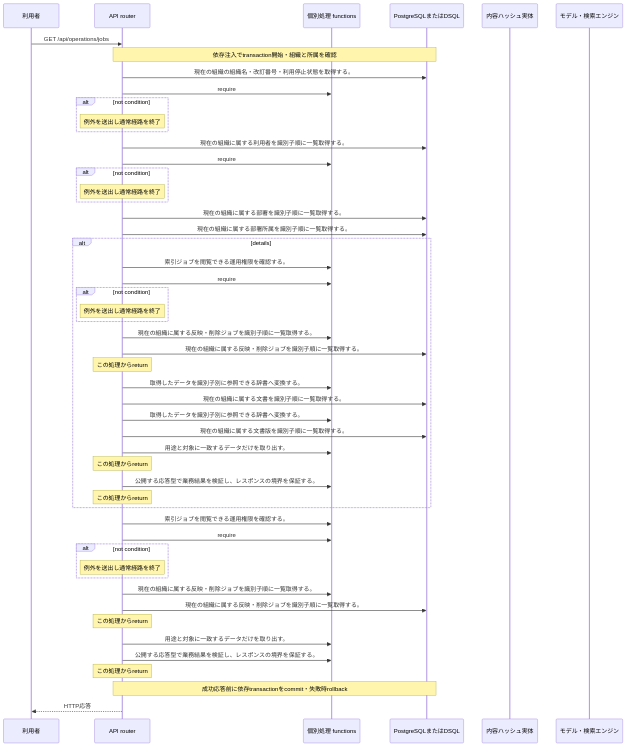
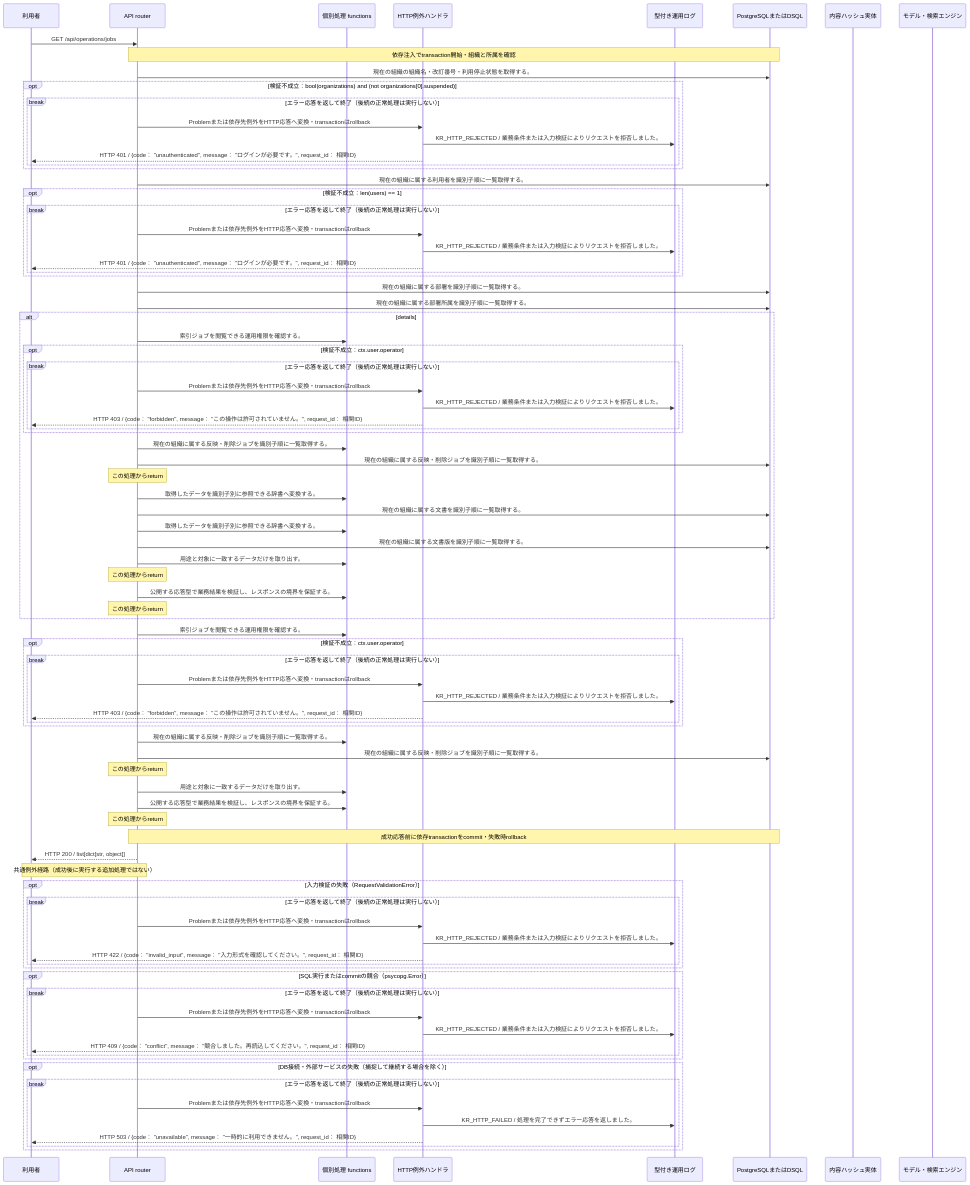
The diagram in docs/design/generated/api/operations/list_jobs/sequence.md (tsuji-tomonori/KotoRelay), drawn with Mermaid before and after one commit. The commit also changed other lines of this file and 226 other files, not shown here.

````diff
--- a/docs/design/generated/api/operations/list_jobs/sequence.md
+++ b/docs/design/generated/api/operations/list_jobs/sequence.md
@@ -9,28 +9,39 @@
     participant U as 利用者
     participant A as API router
     participant F as 個別処理 functions
+    participant E as HTTP例外ハンドラ
+    participant L as 型付き運用ログ
     participant D as PostgreSQLまたはDSQL
     participant S as 内容ハッシュ実体
     participant M as モデル・検索エンジン
     U->>A: GET /api/operations/jobs
     Note over A,D: 依存注入でtransaction開始・組織と所属を確認
     A->>D: 現在の組織の組織名・改訂番号・利用停止状態を取得する。
-    A->>F: require
-    alt not condition
-    Note over A: 例外を送出し通常経路を終了
+    opt 検証不成立：bool(organizations) and (not organizations[0].suspended)
+    break エラー応答を返して終了（後続の正常処理は実行しない）
+    A->>E: Problemまたは依存先例外をHTTP応答へ変換・transactionはrollback
+    E->>L: KR_HTTP_REJECTED / 業務条件または入力検証によりリクエストを拒否しました。
+    E-->>U: HTTP 401 / {code： "unauthenticated", message： "ログインが必要です。", request_id： 相関ID}
+    end
     end
     A->>D: 現在の組織に属する利用者を識別子順に一覧取得する。
-    A->>F: require
-    alt not condition
-    Note over A: 例外を送出し通常経路を終了
+    opt 検証不成立：len(users) == 1
+    break エラー応答を返して終了（後続の正常処理は実行しない）
+    A->>E: Problemまたは依存先例外をHTTP応答へ変換・transactionはrollback
+    E->>L: KR_HTTP_REJECTED / 業務条件または入力検証によりリクエストを拒否しました。
+    E-->>U: HTTP 401 / {code： "unauthenticated", message： "ログインが必要です。", request_id： 相関ID}
+    end
     end
     A->>D: 現在の組織に属する部署を識別子順に一覧取得する。
     A->>D: 現在の組織に属する部署所属を識別子順に一覧取得する。
     alt details
     A->>F: 索引ジョブを閲覧できる運用権限を確認する。
-    A->>F: require
-    alt not condition
-    Note over A: 例外を送出し通常経路を終了
+    opt 検証不成立：ctx.user.operator
+    break エラー応答を返して終了（後続の正常処理は実行しない）
+    A->>E: Problemまたは依存先例外をHTTP応答へ変換・transactionはrollback
+    E->>L: KR_HTTP_REJECTED / 業務条件または入力検証によりリクエストを拒否しました。
+    E-->>U: HTTP 403 / {code： "forbidden", message： "この操作は許可されていません。", request_id： 相関ID}
+    end
     end
     A->>F: 現在の組織に属する反映・削除ジョブを識別子順に一覧取得する。
     A->>D: 現在の組織に属する反映・削除ジョブを識別子順に一覧取得する。
@@ -45,9 +56,12 @@
     Note over A: この処理からreturn
     end
     A->>F: 索引ジョブを閲覧できる運用権限を確認する。
-    A->>F: require
-    alt not condition
-    Note over A: 例外を送出し通常経路を終了
+    opt 検証不成立：ctx.user.operator
+    break エラー応答を返して終了（後続の正常処理は実行しない）
+    A->>E: Problemまたは依存先例外をHTTP応答へ変換・transactionはrollback
+    E->>L: KR_HTTP_REJECTED / 業務条件または入力検証によりリクエストを拒否しました。
+    E-->>U: HTTP 403 / {code： "forbidden", message： "この操作は許可されていません。", request_id： 相関ID}
+    end
     end
     A->>F: 現在の組織に属する反映・削除ジョブを識別子順に一覧取得する。
     A->>D: 現在の組織に属する反映・削除ジョブを識別子順に一覧取得する。
@@ -56,5 +70,27 @@
     A->>F: 公開する応答型で業務結果を検証し、レスポンスの境界を保証する。
     Note over A: この処理からreturn
     Note over A,D: 成功応答前に依存transactionをcommit・失敗時rollback
-    A-->>U: HTTP応答
+    A-->>U: HTTP 200 / list[dict[str, object]]
+    Note over A,U: 共通例外経路（成功後に実行する追加処理ではない）
+    opt 入力検証の失敗（RequestValidationError）
+    break エラー応答を返して終了（後続の正常処理は実行しない）
+    A->>E: Problemまたは依存先例外をHTTP応答へ変換・transactionはrollback
+    E->>L: KR_HTTP_REJECTED / 業務条件または入力検証によりリクエストを拒否しました。
+    E-->>U: HTTP 422 / {code： "invalid_input", message： "入力形式を確認してください。", request_id： 相関ID}
+    end
+    end
+    opt SQL実行またはcommitの競合（psycopg.Error）
+    break エラー応答を返して終了（後続の正常処理は実行しない）
+    A->>E: Problemまたは依存先例外をHTTP応答へ変換・transactionはrollback
+    E->>L: KR_HTTP_REJECTED / 業務条件または入力検証によりリクエストを拒否しました。
+    E-->>U: HTTP 409 / {code： "conflict", message： "競合しました。再読込してください。", request_id： 相関ID}
+    end
+    end
+    opt DB接続・外部サービスの失敗（捕捉して継続する場合を除く）
+    break エラー応答を返して終了（後続の正常処理は実行しない）
+    A->>E: Problemまたは依存先例外をHTTP応答へ変換・transactionはrollback
+    E->>L: KR_HTTP_FAILED / 処理を完了できずエラー応答を返しました。
+    E-->>U: HTTP 503 / {code： "unavailable", message： "一時的に利用できません。", request_id： 相関ID}
+    end
+    end
 ```
````
